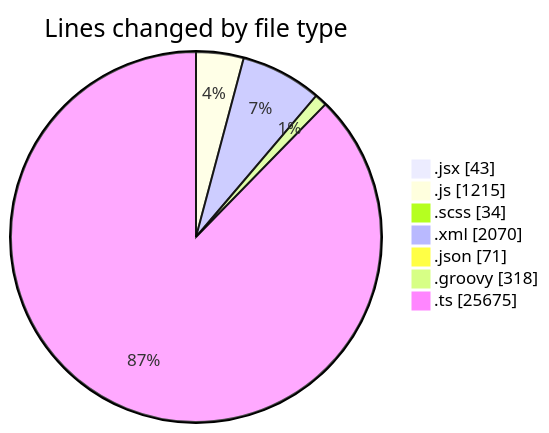
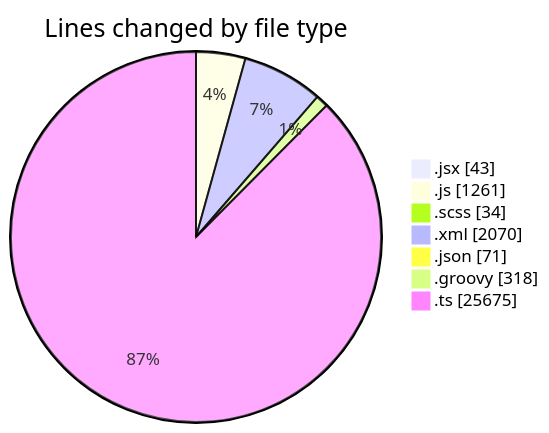
The first of 2 diagrams in 2026-02-26/cda/README.md (momahboobian/code-tracking), drawn with Mermaid before and after one commit. The commit also changed other lines of this file and 1 other file, not shown here.

````diff
--- a/2026-02-26/cda/README.md
+++ b/2026-02-26/cda/README.md
@@ -30,11 +30,11 @@
 ```mermaid
 pie showData
 title Lines changed by file type
 ".jsx" : 43
-".js" : 1215
+".js" : 1261
 ".scss" : 34
 ".xml" : 2070
 ".json" : 71
 ".groovy" : 318
 ".ts" : 25675
 ```
````
